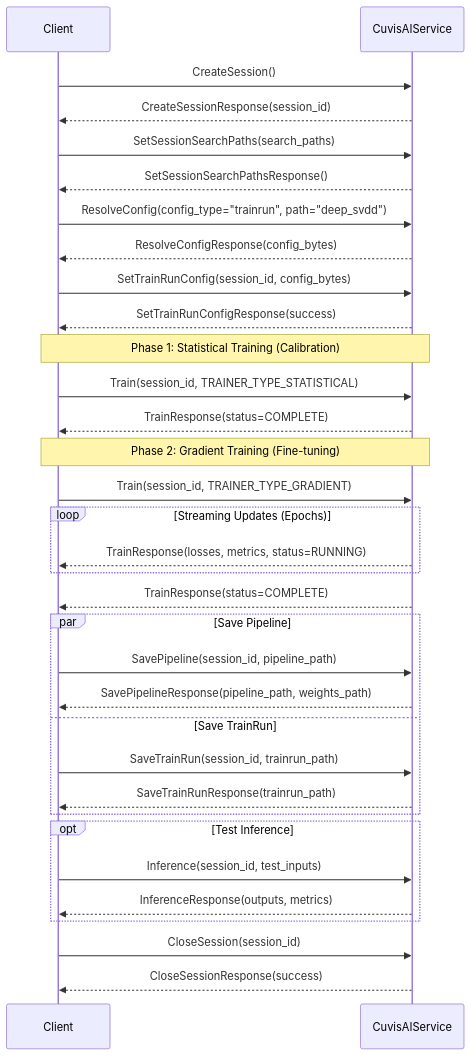
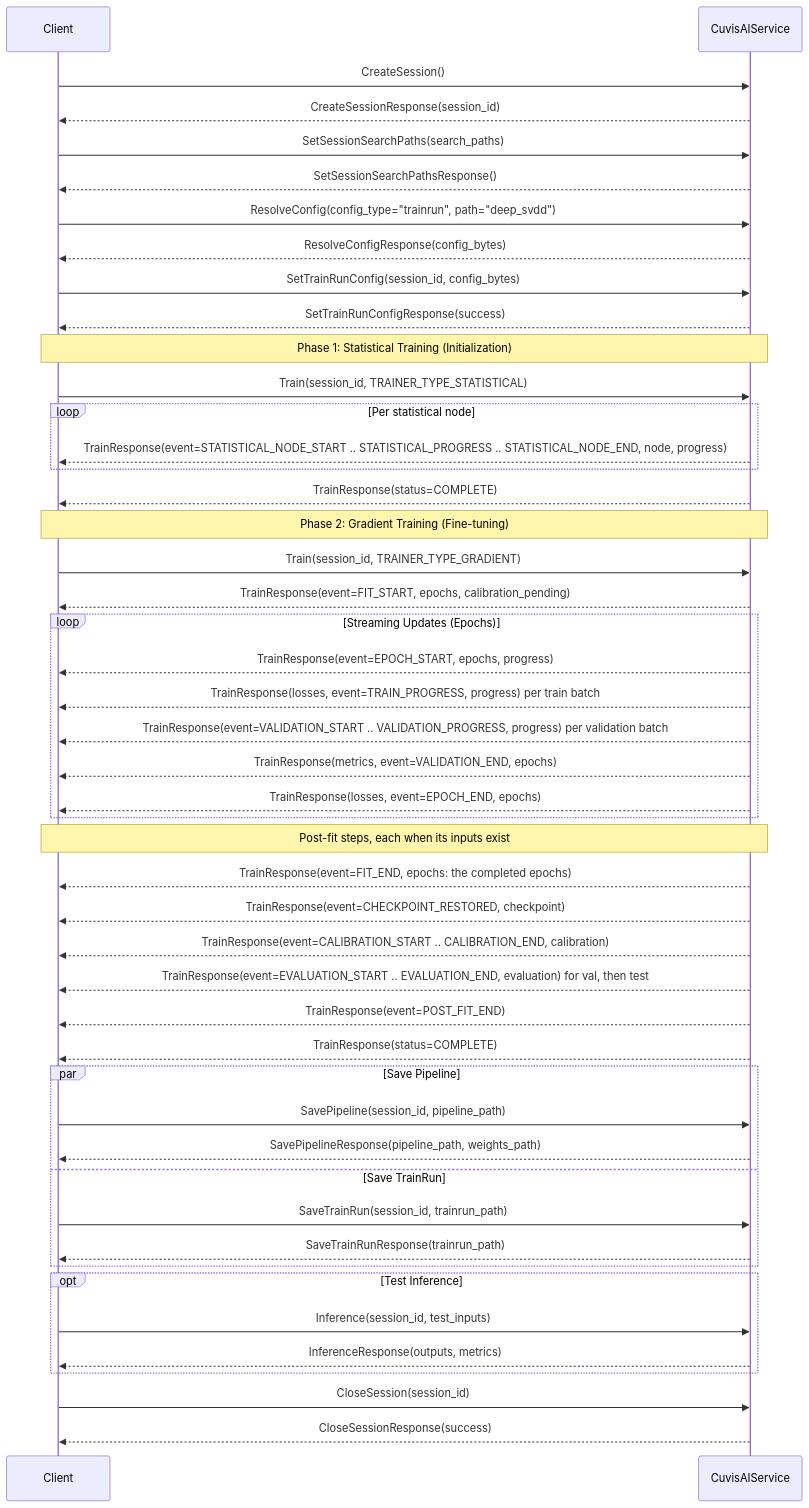
The second of 7 diagrams in docs/deployment/sequence-diagrams.md (cubert-hyperspectral/cuvis-ai), drawn with Mermaid before and after one commit. The commit also changed other lines of this file and 14 other files, not shown here.

````diff
--- a/docs/deployment/sequence-diagrams.md
+++ b/docs/deployment/sequence-diagrams.md
@@ -85,45 +85,60 @@
 ```mermaid
 sequenceDiagram
   participant Client
   participant CuvisAIService
 
   Client->>CuvisAIService: CreateSession()
   CuvisAIService-->>Client: CreateSessionResponse(session_id)
 
   Client->>CuvisAIService: SetSessionSearchPaths(search_paths)
   CuvisAIService-->>Client: SetSessionSearchPathsResponse()
 
   Client->>CuvisAIService: ResolveConfig(config_type="trainrun", path="deep_svdd")
   CuvisAIService-->>Client: ResolveConfigResponse(config_bytes)
 
   Client->>CuvisAIService: SetTrainRunConfig(session_id, config_bytes)
   CuvisAIService-->>Client: SetTrainRunConfigResponse(success)
 
-  Note over Client,CuvisAIService: Phase 1: Statistical Training (Calibration)
+  Note over Client,CuvisAIService: Phase 1: Statistical Training (Initialization)
   Client->>CuvisAIService: Train(session_id, TRAINER_TYPE_STATISTICAL)
+  loop Per statistical node
+    CuvisAIService-->>Client: TrainResponse(event=STATISTICAL_NODE_START .. STATISTICAL_PROGRESS .. STATISTICAL_NODE_END, node, progress)
+  end
   CuvisAIService-->>Client: TrainResponse(status=COMPLETE)
 
   Note over Client,CuvisAIService: Phase 2: Gradient Training (Fine-tuning)
   Client->>CuvisAIService: Train(session_id, TRAINER_TYPE_GRADIENT)
+  CuvisAIService-->>Client: TrainResponse(event=FIT_START, epochs, calibration_pending)
 
   loop Streaming Updates (Epochs)
-    CuvisAIService-->>Client: TrainResponse(losses, metrics, status=RUNNING)
+    CuvisAIService-->>Client: TrainResponse(event=EPOCH_START, epochs, progress)
+    CuvisAIService-->>Client: TrainResponse(losses, event=TRAIN_PROGRESS, progress) per train batch
+    CuvisAIService-->>Client: TrainResponse(event=VALIDATION_START .. VALIDATION_PROGRESS, progress) per validation batch
+    CuvisAIService-->>Client: TrainResponse(metrics, event=VALIDATION_END, epochs)
+    CuvisAIService-->>Client: TrainResponse(losses, event=EPOCH_END, epochs)
   end
+
+  Note over Client,CuvisAIService: Post-fit steps, each when its inputs exist
+  CuvisAIService-->>Client: TrainResponse(event=FIT_END, epochs: the completed epochs)
+  CuvisAIService-->>Client: TrainResponse(event=CHECKPOINT_RESTORED, checkpoint)
+  CuvisAIService-->>Client: TrainResponse(event=CALIBRATION_START .. CALIBRATION_END, calibration)
+  CuvisAIService-->>Client: TrainResponse(event=EVALUATION_START .. EVALUATION_END, evaluation) for val, then test
+  CuvisAIService-->>Client: TrainResponse(event=POST_FIT_END)
   CuvisAIService-->>Client: TrainResponse(status=COMPLETE)
 
   par Save Pipeline
     Client->>CuvisAIService: SavePipeline(session_id, pipeline_path)
     CuvisAIService-->>Client: SavePipelineResponse(pipeline_path, weights_path)
   and Save TrainRun
     Client->>CuvisAIService: SaveTrainRun(session_id, trainrun_path)
     CuvisAIService-->>Client: SaveTrainRunResponse(trainrun_path)
   end
 
   opt Test Inference
     Client->>CuvisAIService: Inference(session_id, test_inputs)
     CuvisAIService-->>Client: InferenceResponse(outputs, metrics)
   end
 
   Client->>CuvisAIService: CloseSession(session_id)
   CuvisAIService-->>Client: CloseSessionResponse(success)
 ```
````
